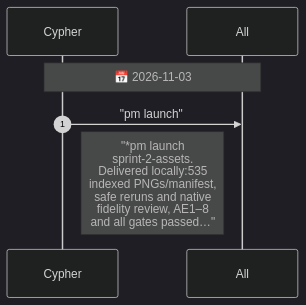
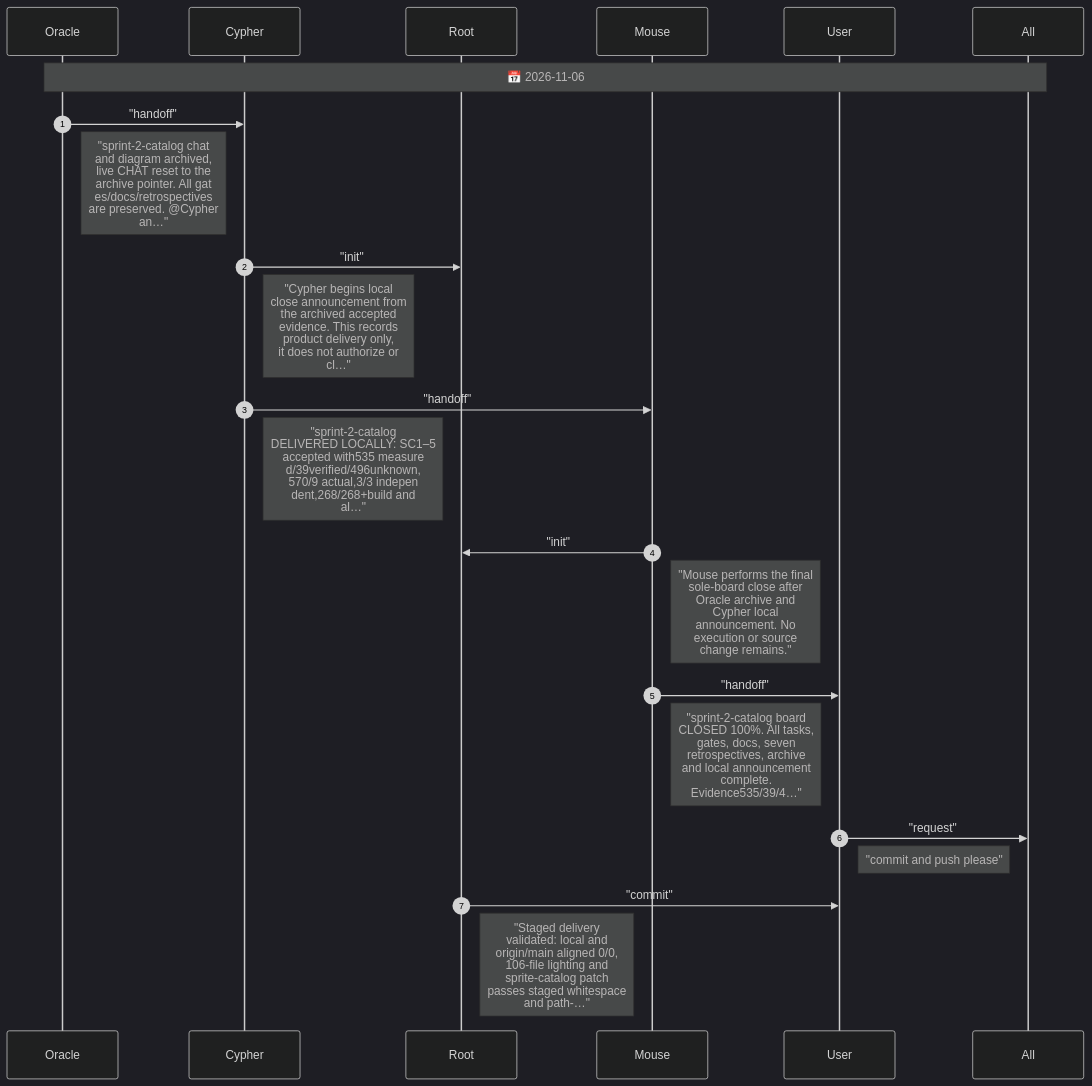
The diagram in agents/CHAT.diagram.md (drusifer/dm-reloaded), drawn with Mermaid (dark theme) before and after one commit. The commit also changed 105 other files, not shown here.

Commit message:
Add parametric lighting and verified sprite catalog

````diff
--- a/agents/CHAT.diagram.md
+++ b/agents/CHAT.diagram.md
@@ -5,10 +5,26 @@
 ```mermaid
 %%{init: {"sequence": {"messageFontSize": 14, "noteFontSize": 18, "actorFontSize": 14}}}%%
 sequenceDiagram
     autonumber
+    participant Oracle
     participant Cypher
+    participant Root
+    participant Mouse
+    participant User
     participant All
-    Note over Cypher,All: 📅 2026-11-03
-    Cypher->>All: "pm launch"
-    Note right of Cypher: "*pm launch<br/>sprint-2-assets.<br/>Delivered locally:535<br/>indexed PNGs/manifest,<br/>safe reruns and native<br/>fidelity review, AE1–8<br/>and all gates passed…"
+    Note over Oracle,All: 📅 2026-11-06
+    Oracle->>Cypher: "handoff"
+    Note right of Oracle: "sprint-2-catalog chat<br/>and diagram archived,<br/>live CHAT reset to the<br/>archive pointer. All gat<br/>es/docs/retrospectives<br/>are preserved. @Cypher<br/>an…"
+    Cypher->>Root: "init"
+    Note right of Cypher: "Cypher begins local<br/>close announcement from<br/>the archived accepted<br/>evidence. This records<br/>product delivery only,<br/>it does not authorize or<br/>cl…"
+    Cypher->>Mouse: "handoff"
+    Note right of Cypher: "sprint-2-catalog<br/>DELIVERED LOCALLY: SC1–5<br/>accepted with535 measure<br/>d/39verified/496unknown,<br/>570/9 actual,3/3 indepen<br/>dent,268/268+build and<br/>al…"
+    Mouse->>Root: "init"
+    Note right of Mouse: "Mouse performs the final<br/>sole-board close after<br/>Oracle archive and<br/>Cypher local<br/>announcement. No<br/>execution or source<br/>change remains."
+    Mouse->>User: "handoff"
+    Note right of Mouse: "sprint-2-catalog board<br/>CLOSED 100%. All tasks,<br/>gates, docs, seven<br/>retrospectives, archive<br/>and local announcement<br/>complete.<br/>Evidence535/39/4…"
+    User->>All: "request"
+    Note right of User: "commit and push please"
+    Root->>User: "commit"
+    Note right of Root: "Staged delivery<br/>validated: local and<br/>origin/main aligned 0/0,<br/>106-file lighting and<br/>sprite-catalog patch<br/>passes staged whitespace<br/>and path-…"
 ```
````
